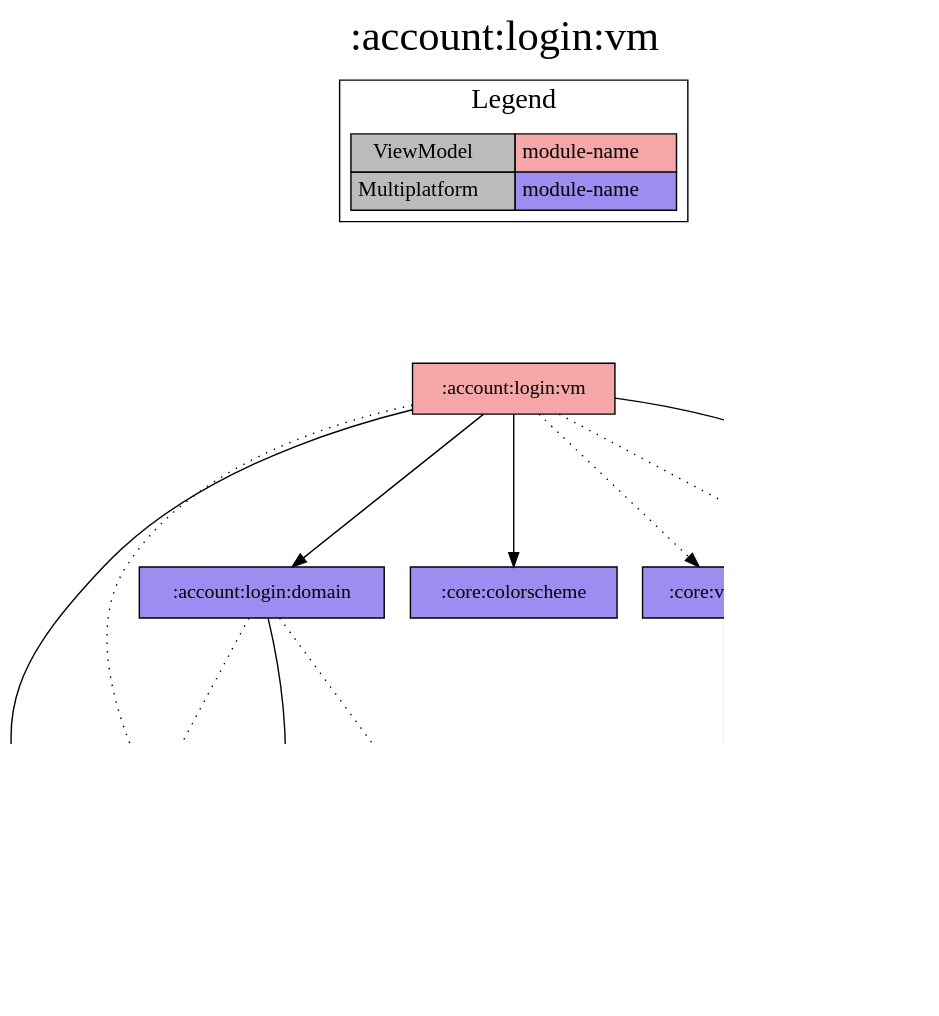
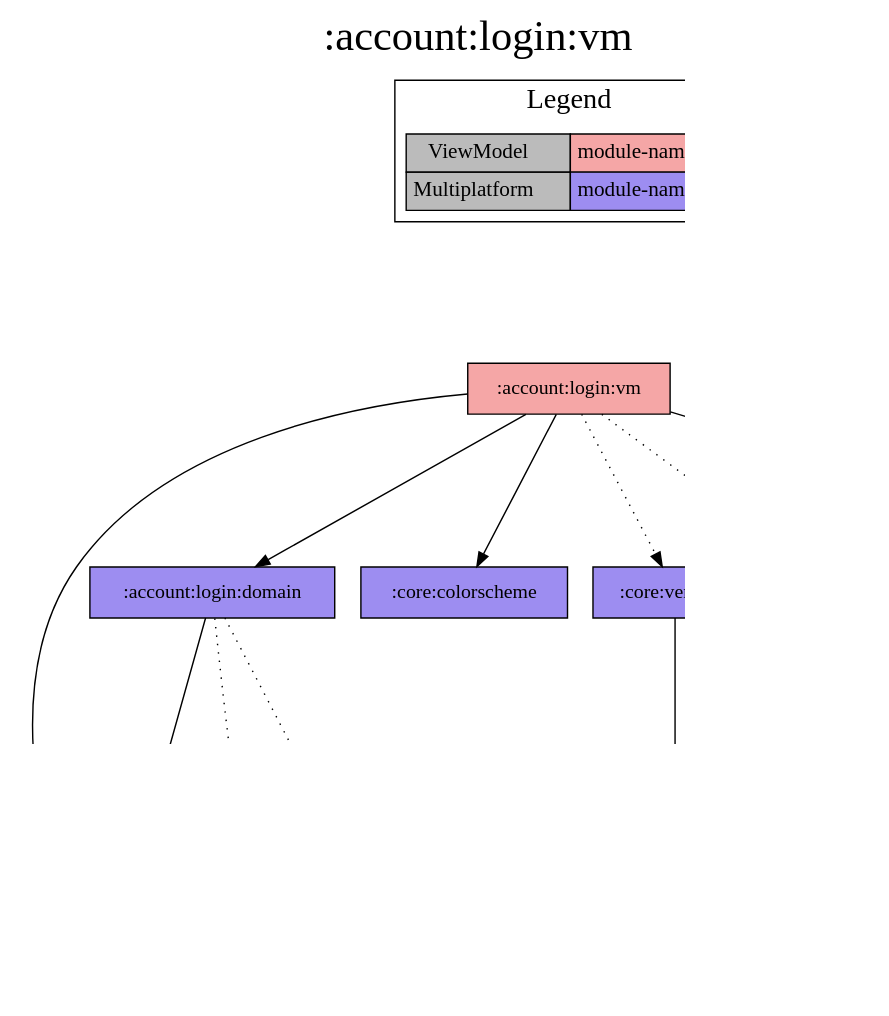
One commit to jonapoul/aktual changed the diagram in modules/account/login/vm/project-dependency-graph.dot. Above: the diagram before and after it, drawn with Graphviz. The commit also changed 61 other files, not shown here.

```diff
--- a/modules/account/login/vm/project-dependency-graph.dot
+++ b/modules/account/login/vm/project-dependency-graph.dot
@@ -1,48 +1,45 @@
 digraph {
 edge ["dir"="forward"]
 graph ["dpi"="100","label"=":account:login:vm","labelloc"="t","fontsize"="30","ranksep"="1.5","rankdir"="TB"]
 node ["style"="filled"]
 ":account:login:domain" ["fillcolor"="#9D8DF1","shape"="box"]
-":account:login:prefs" ["fillcolor"="#9D8DF1","shape"="box"]
 ":account:login:vm" ["fillcolor"="#F5A6A6","shape"="box"]
 ":account:model" ["fillcolor"="#9D8DF1","shape"="box"]
 ":api:actual" ["fillcolor"="#9D8DF1","shape"="box"]
 ":api:core" ["fillcolor"="#9D8DF1","shape"="box"]
 ":budget:model" ["fillcolor"="#9D8DF1","shape"="box"]
 ":core:buildconfig" ["fillcolor"="#9D8DF1","shape"="box"]
 ":core:colorscheme" ["fillcolor"="#9D8DF1","shape"="box"]
 ":core:versions" ["fillcolor"="#9D8DF1","shape"="box"]
 ":url:model" ["fillcolor"="#9D8DF1","shape"="box"]
 ":url:prefs" ["fillcolor"="#9D8DF1","shape"="box"]
 {
 edge ["dir"="none"]
 graph ["rank"="same"]
 }
-":account:login:domain" -> ":account:login:prefs" ["style"="dotted"]
 ":account:login:domain" -> ":account:model"
 ":account:login:domain" -> ":api:actual" ["style"="dotted"]
-":account:login:prefs" -> ":account:model"
+":account:login:domain" -> ":api:core" ["style"="dotted"]
 ":account:login:vm" -> ":account:login:domain"
-":account:login:vm" -> ":account:login:prefs" ["style"="dotted"]
 ":account:login:vm" -> ":account:model"
 ":account:login:vm" -> ":core:colorscheme"
 ":account:login:vm" -> ":core:versions" ["style"="dotted"]
 ":account:login:vm" -> ":url:model"
 ":account:login:vm" -> ":url:prefs" ["style"="dotted"]
 ":api:actual" -> ":account:model"
-":api:actual" -> ":api:core"
+":api:actual" -> ":api:core" ["style"="dotted"]
 ":api:actual" -> ":budget:model"
 ":api:actual" -> ":url:model"
 ":core:versions" -> ":core:buildconfig"
 ":url:prefs" -> ":url:model"
 subgraph "cluster_legend" {
 edge ["dir"="none"]
 graph ["label"="Legend","fontsize"="20"]
 "Legend" ["style"="filled","fillcolor"="#bbbbbb","shape"="none","margin"="0","fontsize"="15","label"=<
 <TABLE BORDER="0" CELLBORDER="1" CELLSPACING="0" CELLPADDING="4">
 <TR><TD>ViewModel</TD><TD BGCOLOR="#F5A6A6">module-name</TD></TR>
 <TR><TD>Multiplatform</TD><TD BGCOLOR="#9D8DF1">module-name</TD></TR>
 </TABLE>
 >]
 } -> ":account:login:vm" ["style"="invis"]
 }
```
